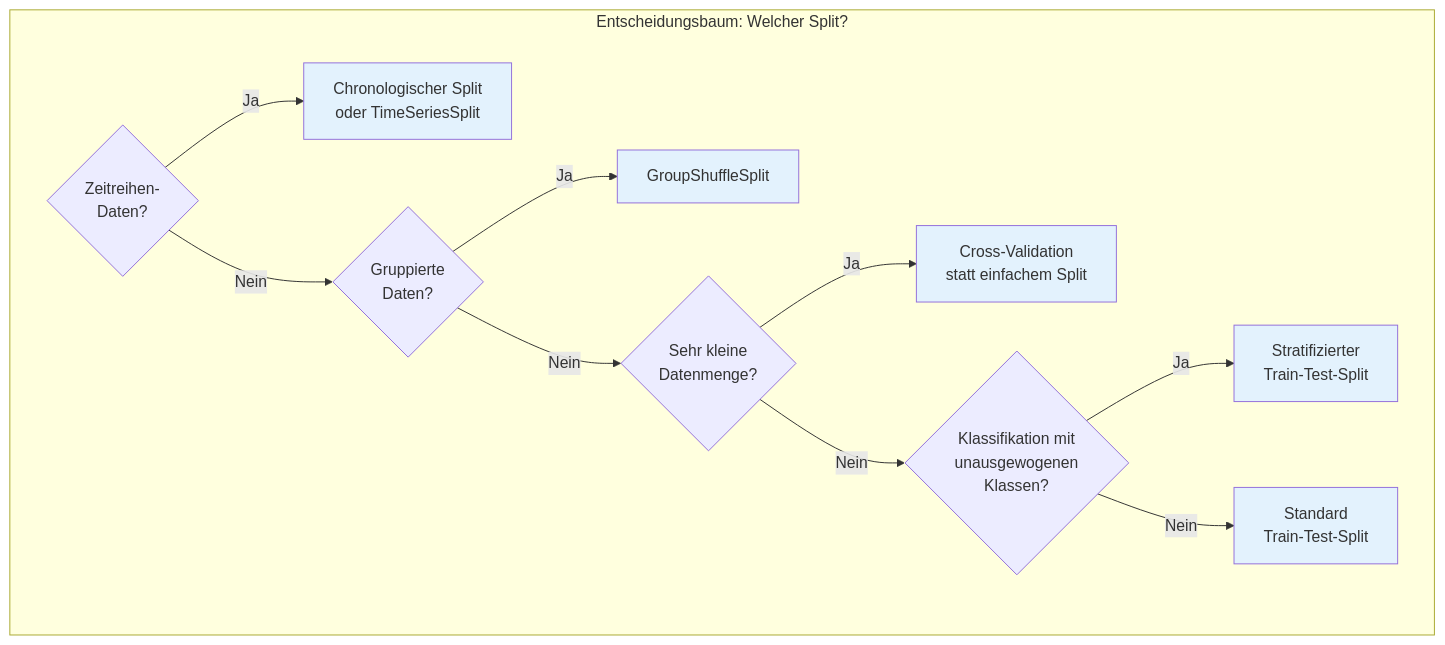
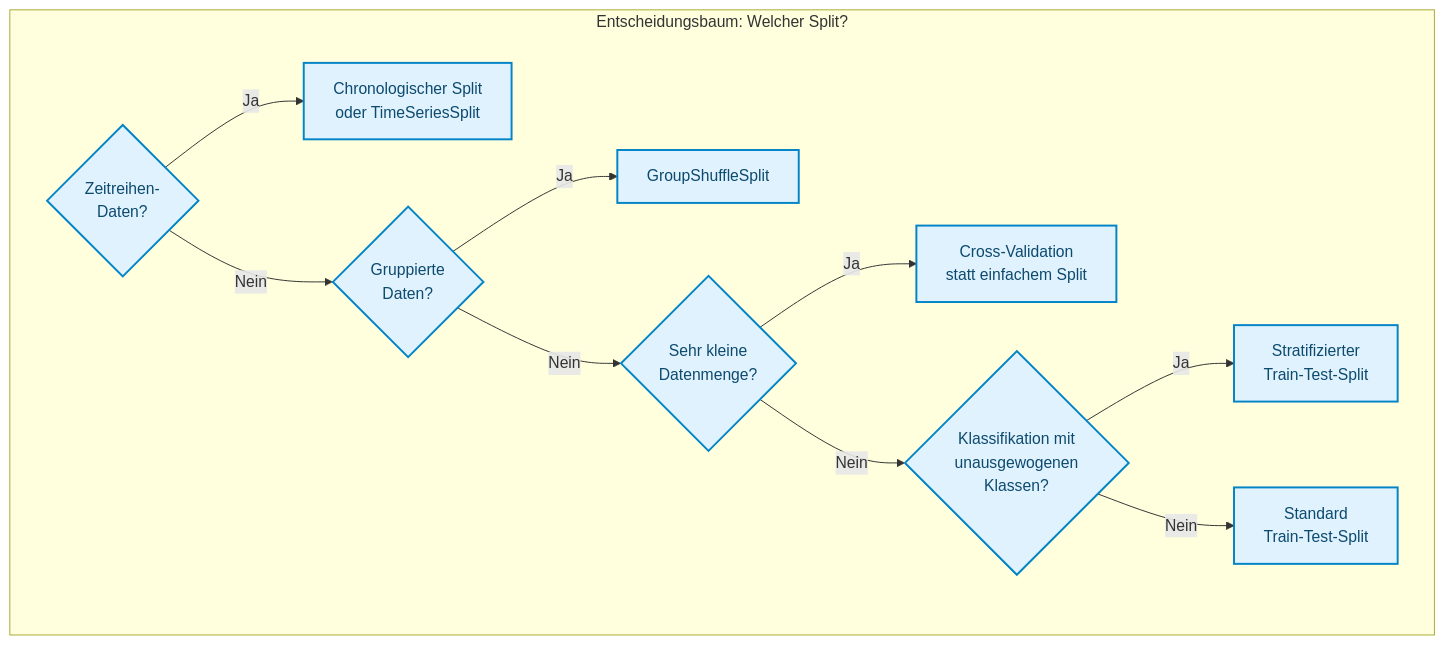
Before and after one commit to ralf-42/ML_Intro: the fourth of 4 diagrams in docs/concepts/prepare/train_test_split.md, drawn with Mermaid. The commit also changed other lines of this file and 67 other files, not shown here.

````diff
--- a/docs/concepts/prepare/train_test_split.md
+++ b/docs/concepts/prepare/train_test_split.md
@@ -429,20 +435,16 @@
 ```mermaid
 flowchart TB
     subgraph entscheidung["Entscheidungsbaum: Welcher Split?"]
         Q1{Zeitreihen-<br/>Daten?}
         Q1 -->|Ja| A1["Chronologischer Split<br/>oder TimeSeriesSplit"]
         Q1 -->|Nein| Q2{Gruppierte<br/>Daten?}
         Q2 -->|Ja| A2["GroupShuffleSplit"]
         Q2 -->|Nein| Q3{Sehr kleine<br/>Datenmenge?}
         Q3 -->|Ja| A3["Cross-Validation<br/>statt einfachem Split"]
         Q3 -->|Nein| Q4{Klassifikation mit<br/>unausgewogenen<br/>Klassen?}
         Q4 -->|Ja| A4["Stratifizierter<br/>Train-Test-Split"]
         Q4 -->|Nein| A5["Standard<br/>Train-Test-Split"]
     end
-    
-    style A1 fill:#e3f2fd
-    style A2 fill:#e3f2fd
-    style A3 fill:#e3f2fd
-    style A4 fill:#e3f2fd
-    style A5 fill:#e3f2fd
+
+    classDef default fill:#e0f2fe,stroke:#0284c7,stroke-width:2px,color:#0c4a6e;
 ```
````
